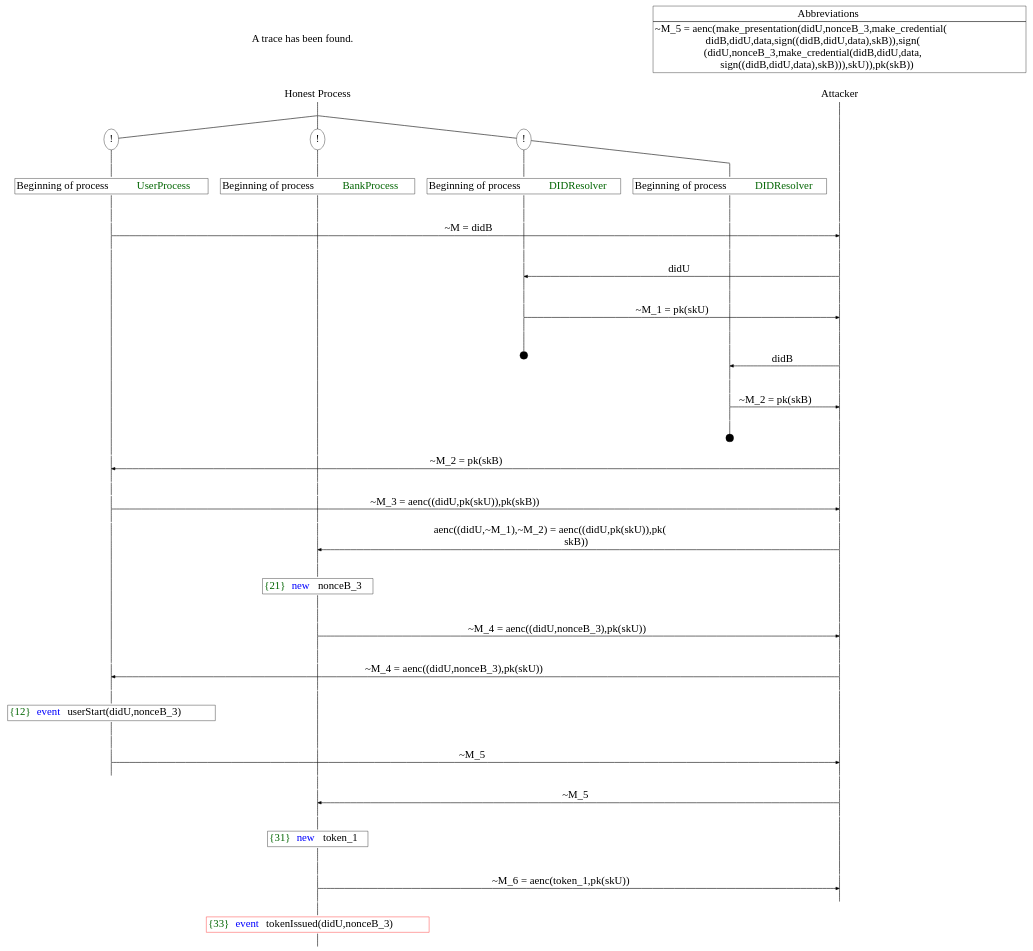
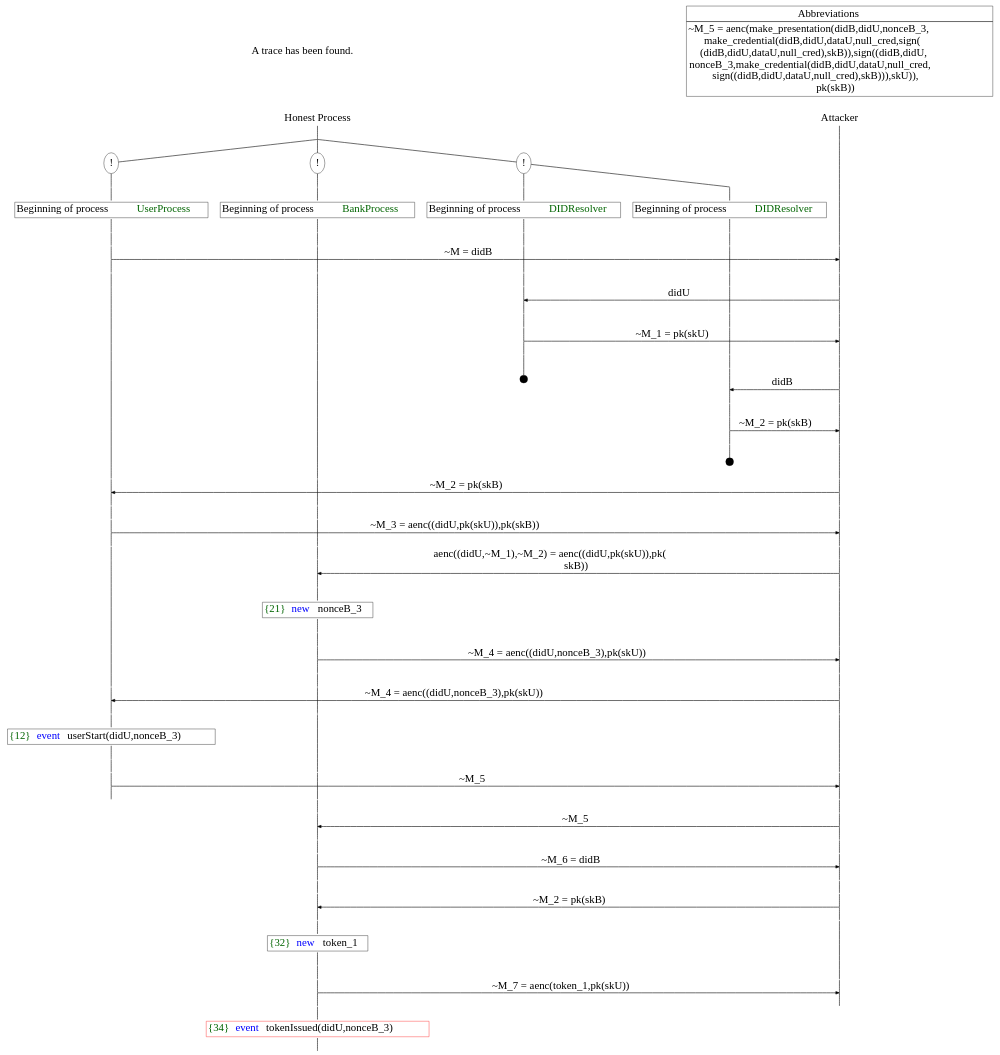
Before and after one commit to thphong/ssi-proverif: the diagram in trace1.dot, drawn with Graphviz. The commit also changed 2 other files, not shown here.

```diff
--- a/trace1.dot
+++ b/trace1.dot
@@ -244,30 +244,68 @@
 P__35 -> P__36 [label = <>, weight = 100]
 {rank = same; P__36 P0_0_0__30 P0_0_1__26 P0_1_0__24}
 P0_1_0__24 -> P0_1_0__25 [label = <>, weight = 100]
-P0_1_0__25 [shape = plaintext, label = <<TABLE BORDER="0" CELLBORDER="1" CELLSPACING="0" CELLPADDING="4"> <TR><TD><FONT COLOR="darkgreen">{31}</FONT><FONT COLOR="blue">new </FONT>token_1</TD></TR></TABLE>>]
-P0_1_0__25 -> P0_1_0__26 [label = <>, weight = 100]
-P0_1_0__26 -> P0_1_0__27 [label = <>, weight = 100]
 P0_0_1__27 [label = "", style = invisible]
 P0_0_1__26 -> P0_0_1__27 [label = <>, weight = 100, style = invisible]
 P0_0_0__31 [label = "", style = invisible]
 P0_0_0__30 -> P0_0_0__31 [label = <>, weight = 100, style = invisible]
 P__36 -> P__37 [label = <>, weight = 100]
-{rank = same; P__37 P0_0_0__31 P0_0_1__27 P0_1_0__27}
-P0_1_0__27 -> P0_1_0__28 [label = <>, weight = 100]
+{rank = same; P__37 P0_0_0__31 P0_0_1__27 P0_1_0__25}
+P0_1_0__25 -> P0_1_0__26 [label = <>, weight = 100]
 P__37 -> P__38 [label = <>, weight = 100]
-{rank = same; P__38 P0_1_0__28}
-P0_1_0__28 -> P__38 [label = <~M_6 = aenc(token_1,pk(skU))>, arrowhead = normal]
-P0_1_0__28 -> P0_1_0__29 [label = <>, weight = 100]
+{rank = same; P__38 P0_1_0__26}
+P0_1_0__26 -> P__38 [label = <~M_6 = didB>, arrowhead = normal]
+P0_1_0__26 -> P0_1_0__27 [label = <>, weight = 100]
 P0_0_1__28 [label = "", style = invisible]
 P0_0_1__27 -> P0_0_1__28 [label = <>, weight = 100, style = invisible]
 P0_0_0__32 [label = "", style = invisible]
 P0_0_0__31 -> P0_0_0__32 [label = <>, weight = 100, style = invisible]
 P__38 -> P__39 [label = <>, weight = 100]
-{rank = same; P__39 P0_0_0__32 P0_0_1__28 P0_1_0__29}
+{rank = same; P__39 P0_0_0__32 P0_0_1__28 P0_1_0__27}
+P0_1_0__27 -> P0_1_0__28 [label = <>, weight = 100]
+P0_0_1__29 [label = "", style = invisible]
+P0_0_1__28 -> P0_0_1__29 [label = <>, weight = 100, style = invisible]
+P0_0_0__33 [label = "", style = invisible]
+P0_0_0__32 -> P0_0_0__33 [label = <>, weight = 100, style = invisible]
+P__39 -> P__40 [label = <>, weight = 100]
+{rank = same; P__40 P0_0_0__33 P0_0_1__29 P0_1_0__28}
+P0_1_0__28 -> P0_1_0__29 [label = <>, weight = 100]
+P__40 -> P__41 [label = <>, weight = 100]
+{rank = same; P__41 P0_1_0__29}
+P0_1_0__29 -> P__41 [label = <~M_2 = pk(skB)>, dir = back, arrowhead = normal]
 P0_1_0__29 -> P0_1_0__30 [label = <>, weight = 100]
-P0_1_0__30 [color = red, shape = plaintext, label = <<TABLE BORDER="0" CELLBORDER="1" CELLSPACING="0" CELLPADDING="4"> <TR><TD><FONT COLOR="darkgreen">{33}</FONT><FONT COLOR="blue">event</FONT> tokenIssued(didU,nonceB_3)</TD></TR></TABLE>>]
+P0_0_1__30 [label = "", style = invisible]
+P0_0_1__29 -> P0_0_1__30 [label = <>, weight = 100, style = invisible]
+P0_0_0__34 [label = "", style = invisible]
+P0_0_0__33 -> P0_0_0__34 [label = <>, weight = 100, style = invisible]
+P__41 -> P__42 [label = <>, weight = 100]
+{rank = same; P__42 P0_0_0__34 P0_0_1__30 P0_1_0__30}
 P0_1_0__30 -> P0_1_0__31 [label = <>, weight = 100]
-Abbrev [shape = plaintext, label = <<TABLE BORDER="0" CELLBORDER="1" CELLSPACING="0" CELLPADDING="4"><TR> <TD> Abbreviations </TD></TR><TR><TD>~M_5 = aenc(make_presentation(didU,nonceB_3,make_credential(<br/>
-didB,didU,data,sign((didB,didU,data),skB)),sign(<br/>
-(didU,nonceB_3,make_credential(didB,didU,data,<br/>
-sign((didB,didU,data),skB))),skU)),pk(skB))</TD></TR></TABLE>>]Abbrev -> P__0 [style = invisible, weight =100]}
+P0_1_0__31 [shape = plaintext, label = <<TABLE BORDER="0" CELLBORDER="1" CELLSPACING="0" CELLPADDING="4"> <TR><TD><FONT COLOR="darkgreen">{32}</FONT><FONT COLOR="blue">new </FONT>token_1</TD></TR></TABLE>>]
+P0_1_0__31 -> P0_1_0__32 [label = <>, weight = 100]
+P0_1_0__32 -> P0_1_0__33 [label = <>, weight = 100]
+P0_0_1__31 [label = "", style = invisible]
+P0_0_1__30 -> P0_0_1__31 [label = <>, weight = 100, style = invisible]
+P0_0_0__35 [label = "", style = invisible]
+P0_0_0__34 -> P0_0_0__35 [label = <>, weight = 100, style = invisible]
+P__42 -> P__43 [label = <>, weight = 100]
+{rank = same; P__43 P0_0_0__35 P0_0_1__31 P0_1_0__33}
+P0_1_0__33 -> P0_1_0__34 [label = <>, weight = 100]
+P__43 -> P__44 [label = <>, weight = 100]
+{rank = same; P__44 P0_1_0__34}
+P0_1_0__34 -> P__44 [label = <~M_7 = aenc(token_1,pk(skU))>, arrowhead = normal]
+P0_1_0__34 -> P0_1_0__35 [label = <>, weight = 100]
+P0_0_1__32 [label = "", style = invisible]
+P0_0_1__31 -> P0_0_1__32 [label = <>, weight = 100, style = invisible]
+P0_0_0__36 [label = "", style = invisible]
+P0_0_0__35 -> P0_0_0__36 [label = <>, weight = 100, style = invisible]
+P__44 -> P__45 [label = <>, weight = 100]
+{rank = same; P__45 P0_0_0__36 P0_0_1__32 P0_1_0__35}
+P0_1_0__35 -> P0_1_0__36 [label = <>, weight = 100]
+P0_1_0__36 [color = red, shape = plaintext, label = <<TABLE BORDER="0" CELLBORDER="1" CELLSPACING="0" CELLPADDING="4"> <TR><TD><FONT COLOR="darkgreen">{34}</FONT><FONT COLOR="blue">event</FONT> tokenIssued(didU,nonceB_3)</TD></TR></TABLE>>]
+P0_1_0__36 -> P0_1_0__37 [label = <>, weight = 100]
+Abbrev [shape = plaintext, label = <<TABLE BORDER="0" CELLBORDER="1" CELLSPACING="0" CELLPADDING="4"><TR> <TD> Abbreviations </TD></TR><TR><TD>~M_5 = aenc(make_presentation(didB,didU,nonceB_3,<br/>
+make_credential(didB,didU,dataU,null_cred,sign(<br/>
+(didB,didU,dataU,null_cred),skB)),sign((didB,didU,<br/>
+nonceB_3,make_credential(didB,didU,dataU,null_cred,<br/>
+sign((didB,didU,dataU,null_cred),skB))),skU)),<br/>
+pk(skB))</TD></TR></TABLE>>]Abbrev -> P__0 [style = invisible, weight =100]}
```
